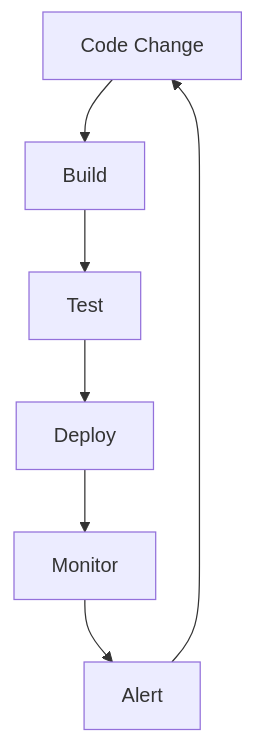
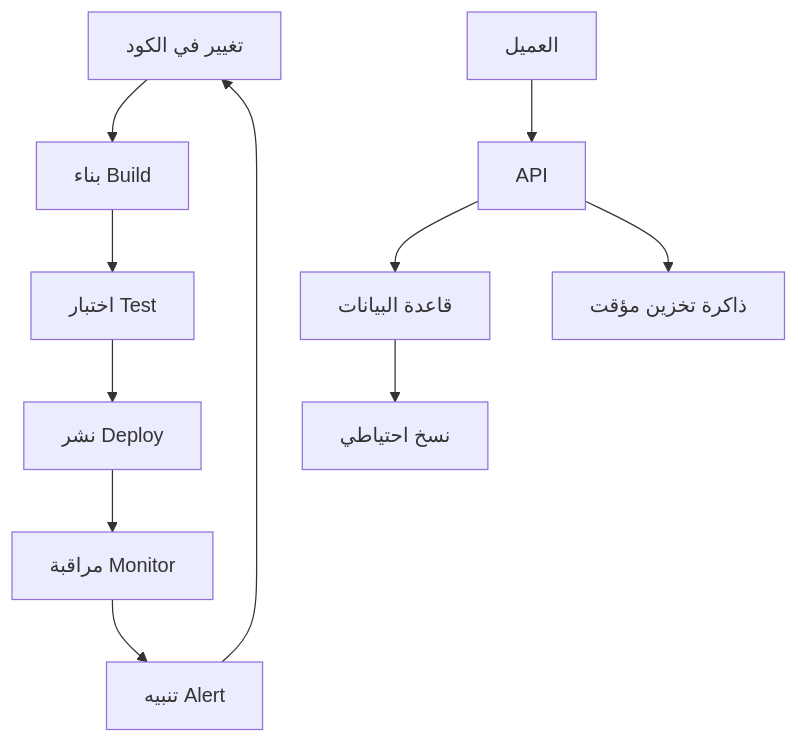
One commit to apexdataro-Fin/AEP changed the diagram in docs/lessons/01-foundations/01-engineering-mindset.md. Above: the diagram before and after it, drawn with Mermaid. The commit also changed other lines of this file and 32 other files, not shown here.

````diff
--- a/docs/lessons/01-foundations/01-engineering-mindset.md
+++ b/docs/lessons/01-foundations/01-engineering-mindset.md
@@ -32,9 +54,13 @@
 ```mermaid
 graph TD
-    A[Code Change] --> B[Build]
-    B --> C[Test]
-    C --> D[Deploy]
-    D --> E[Monitor]
-    E --> F[Alert]
+    A[تغيير في الكود] --> B[بناء Build]
+    B --> C[اختبار Test]
+    C --> D[نشر Deploy]
+    D --> E[مراقبة Monitor]
+    E --> F[تنبيه Alert]
     F --> A
+    G[العميل] --> H[API]
+    H --> I[قاعدة البيانات]
+    I --> J[نسخ احتياطي]
+    H --> K[ذاكرة تخزين مؤقت]
 ```
````
